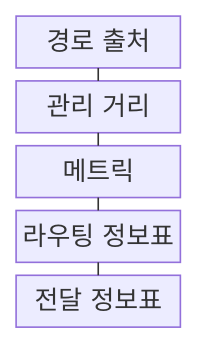
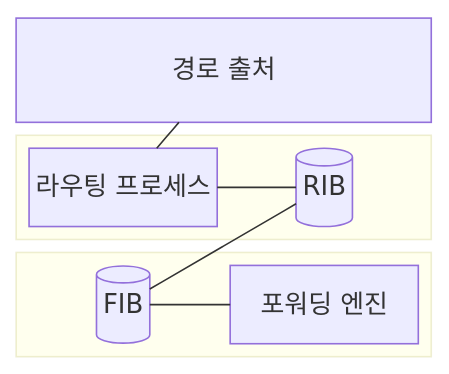
Before and after one commit to agnusdei1207/knowledge-base: the first of 2 diagrams in src/content/docs/notes/04-network/010_routing_static_dynamic.md, drawn with Mermaid. The commit also changed other lines of this file and 20 other files, not shown here.

````diff
--- a/src/content/docs/notes/04-network/010_routing_static_dynamic.md
+++ b/src/content/docs/notes/04-network/010_routing_static_dynamic.md
@@ -59,13 +62,19 @@
 ```mermaid
-block-beta
+block
     columns 1
-    A["경로 출처"]
-    B["관리 거리"]
-    C["메트릭"]
-    D["라우팅 정보표"]
-    E["전달 정보표"]
-    A --- B
-    B --- C
-    C --- D
-    D --- E
+    S["경로 출처"]
+    block:CONTROL
+        columns 2
+        P["라우팅 프로세스"]
+        R[("RIB")]
+    end
+    block:DATA
+        columns 2
+        F[("FIB")]
+        E["포워딩 엔진"]
+    end
+    S --- P
+    P --- R
+    R --- F
+    F --- E
 ```
````
